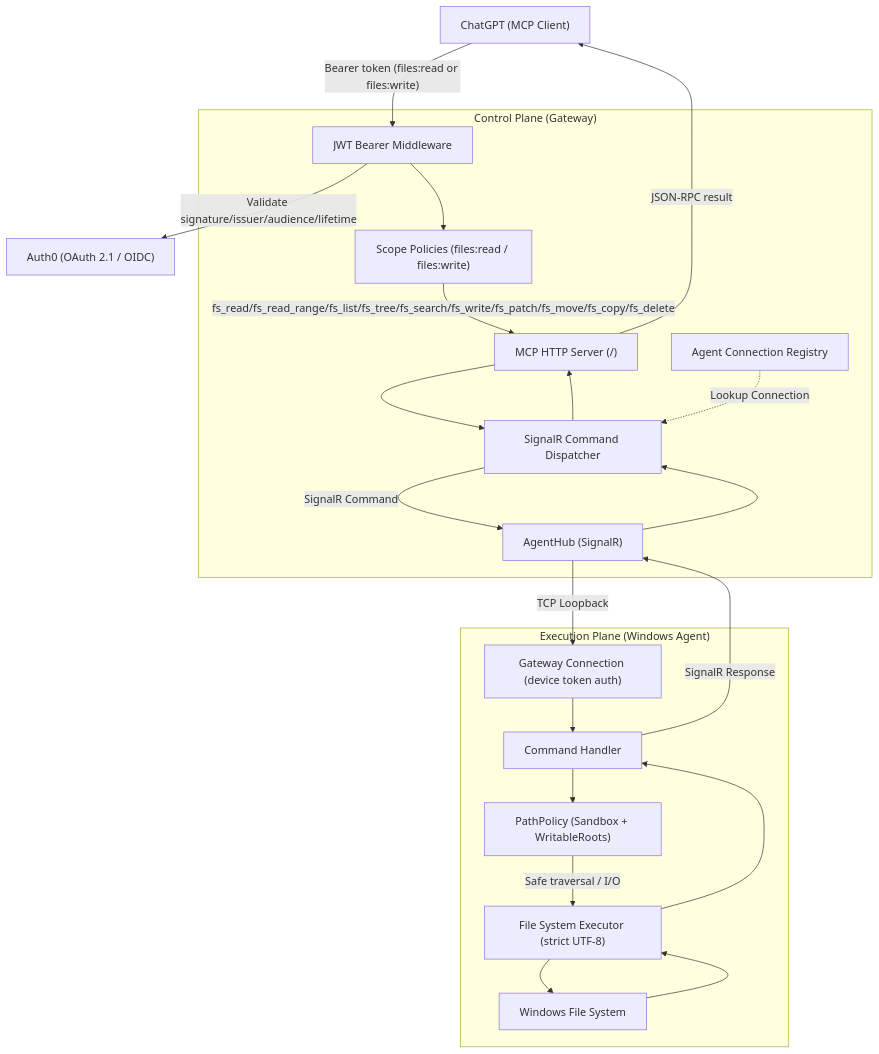
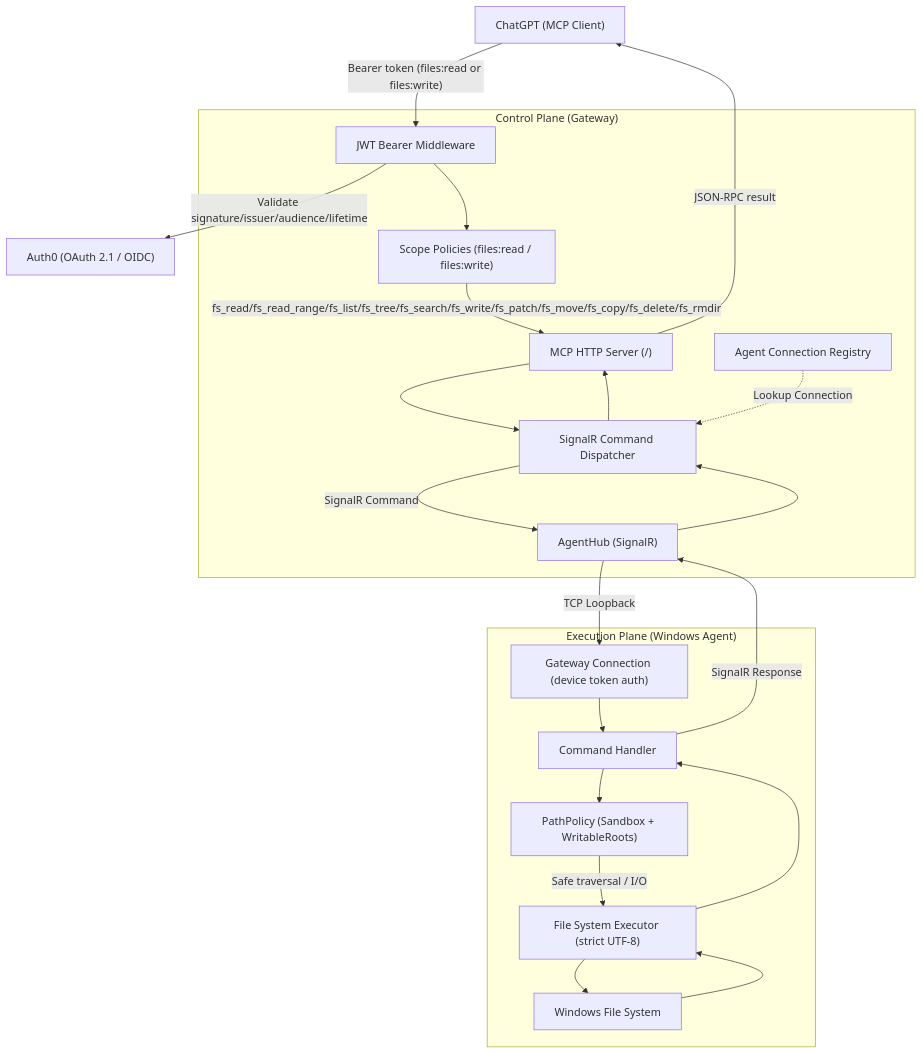
The diagram in README.md (thanhdiner/Agent-Bridge), drawn with Mermaid before and after one commit. The commit also changed other lines of this file and 16 other files, not shown here.

````diff
--- a/README.md
+++ b/README.md
@@ -9,41 +9,41 @@
 ```mermaid
 graph TD
     Client["ChatGPT (MCP Client)"]
     Auth0["Auth0 (OAuth 2.1 / OIDC)"]
 
     subgraph ControlPlane["Control Plane (Gateway)"]
         McpServer["MCP HTTP Server (/)"]
         Registry["Agent Connection Registry"]
         Dispatcher["SignalR Command Dispatcher"]
         Hub["AgentHub (SignalR)"]
         JwtMiddleware["JWT Bearer Middleware"]
         ScopePolicies["Scope Policies (files:read / files:write)"]
     end
 
     subgraph ExecutionPlane["Execution Plane (Windows Agent)"]
         Conn["Gateway Connection (device token auth)"]
         Handler["Command Handler"]
         Sandbox["PathPolicy (Sandbox + WritableRoots)"]
         Executor["File System Executor (strict UTF-8)"]
         Disk["Windows File System"]
     end
 
     Client -->|"Bearer token (files:read or files:write)"| JwtMiddleware
     JwtMiddleware -->|Validate signature/issuer/audience/lifetime| Auth0
     JwtMiddleware --> ScopePolicies
-    ScopePolicies -->|fs_read/fs_read_range/fs_list/fs_tree/fs_search/fs_write/fs_patch/fs_move/fs_copy/fs_delete| McpServer
+    ScopePolicies -->|fs_read/fs_read_range/fs_list/fs_tree/fs_search/fs_write/fs_patch/fs_move/fs_copy/fs_delete/fs_rmdir| McpServer
     McpServer --> Dispatcher
     Registry -.->|Lookup Connection| Dispatcher
     Dispatcher -->|SignalR Command| Hub
     Hub -->|TCP Loopback| Conn
     Conn --> Handler
     Handler --> Sandbox
     Sandbox -->|Safe traversal / I/O| Executor
     Executor --> Disk
     Disk --> Executor
     Executor --> Handler
     Handler -->|SignalR Response| Hub
     Hub --> Dispatcher
     Dispatcher --> McpServer
     McpServer -->|JSON-RPC result| Client
 ```
````
